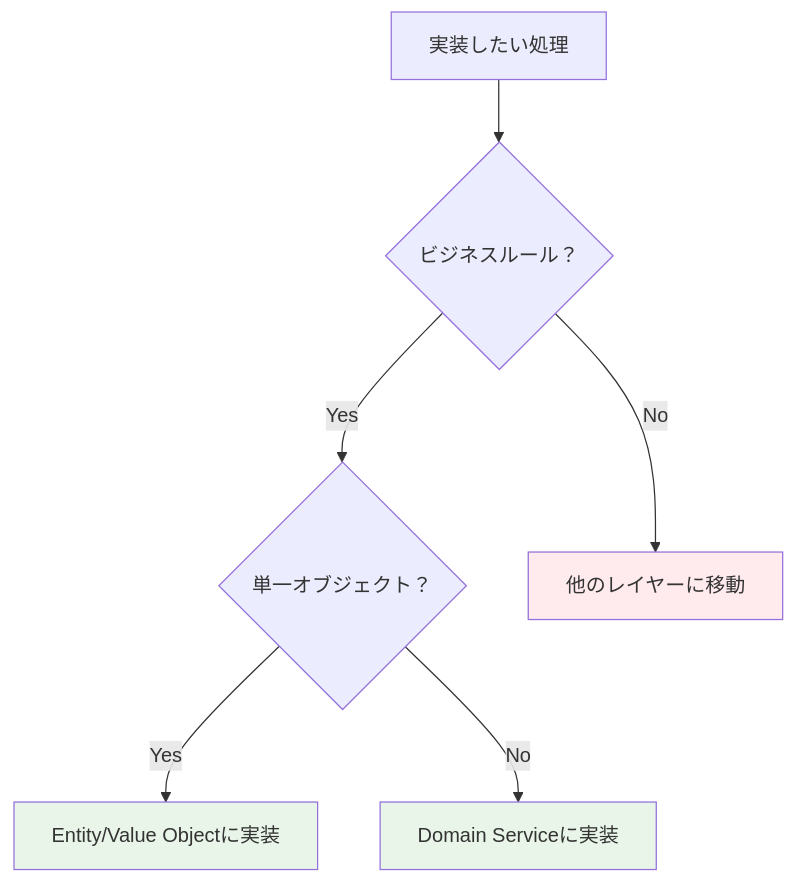
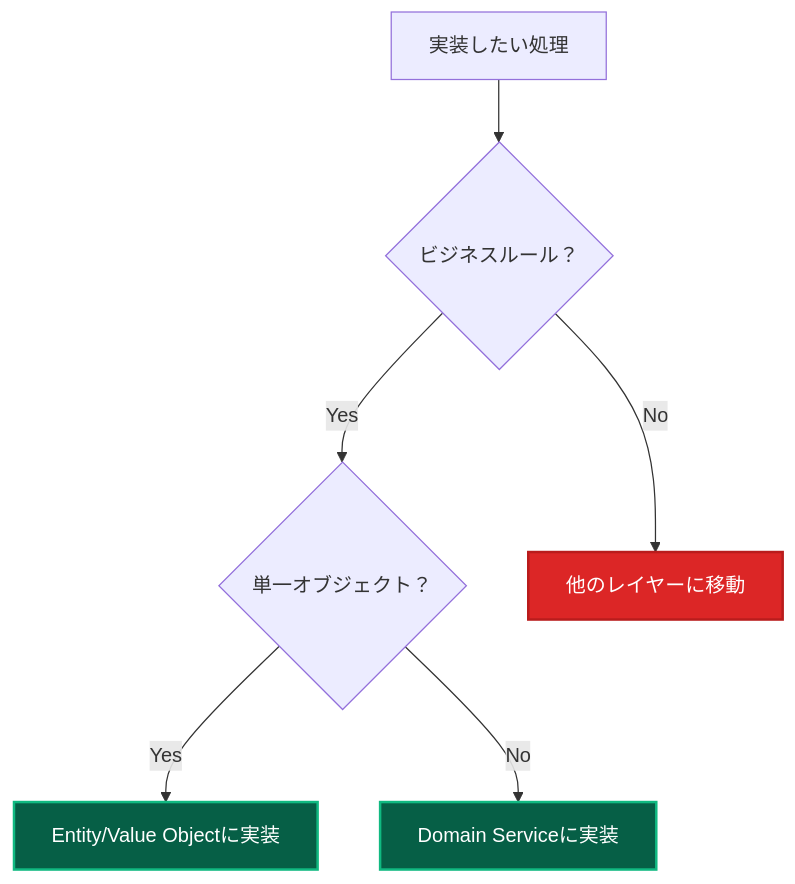
The second of 2 diagrams in _DOCS/guides/ddd/layers/domain-layer.md (derushio/d-next-ddd-example), drawn with Mermaid before and after one commit. The commit also changed other lines of this file and 31 other files, not shown here.

Commit message:
🎨: DOCSのMermaid図表カラーテーマを暗色に統一し視認性を向上

````diff
--- a/_DOCS/guides/ddd/layers/domain-layer.md
+++ b/_DOCS/guides/ddd/layers/domain-layer.md
@@ -1053,13 +1053,13 @@
 ```mermaid
 graph TD
     A[実装したい処理] --> B{ビジネスルール？}
     B -->|Yes| C{単一オブジェクト？}
     B -->|No| D[他のレイヤーに移動]
     
     C -->|Yes| E[Entity/Value Objectに実装]
     C -->|No| F[Domain Serviceに実装]
     
-    style E fill:#e8f5e8
-    style F fill:#e8f5e8
-    style D fill:#ffebee
+    style E fill:#065f46,stroke:#10b981,stroke-width:2px,color:#ffffff
+    style F fill:#065f46,stroke:#10b981,stroke-width:2px,color:#ffffff
+    style D fill:#dc2626,stroke:#b91c1c,stroke-width:2px,color:#ffffff
 ```
````
